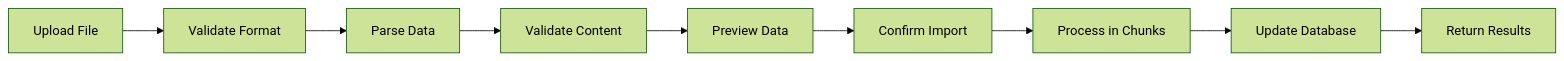
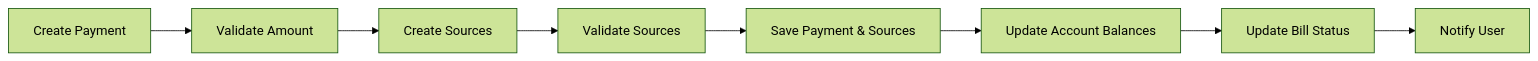
Before and after one commit to AstroMined/debtonator: the second of 6 diagrams in docs/system_patterns.md, drawn with Mermaid (forest theme). The commit also changed other lines of this file and 28 other files, not shown here.

````diff
--- a/docs/system_patterns.md
+++ b/docs/system_patterns.md
@@ -97,11 +113,10 @@
 ```mermaid
 graph LR
-    A[Upload File] --> B[Validate Format]
-    B --> C[Parse Data]
-    C --> D[Validate Content]
-    D --> E[Preview Data]
-    E --> F[Confirm Import]
-    F --> G[Process in Chunks]
-    G --> H[Update Database]
-    H --> I[Return Results]
+    A[Create Payment] --> B[Validate Amount]
+    B --> C[Create Sources]
+    C --> D[Validate Sources]
+    D --> E[Save Payment & Sources]
+    E --> F[Update Account Balances]
+    F --> G[Update Bill Status]
+    G --> H[Notify User]
 ```
````
